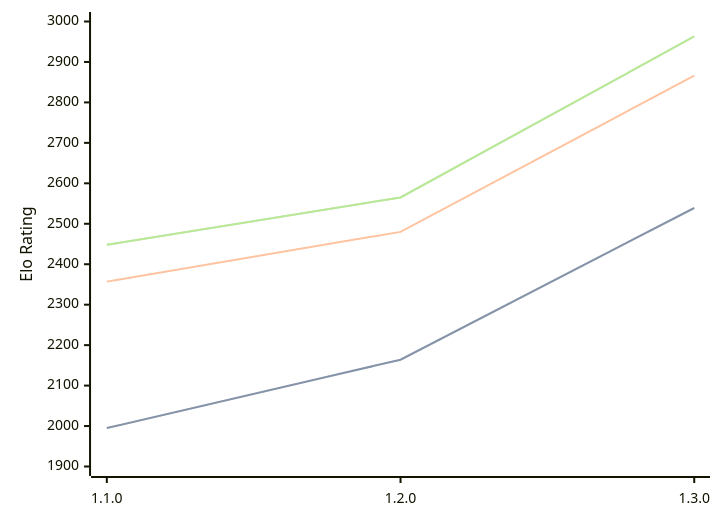
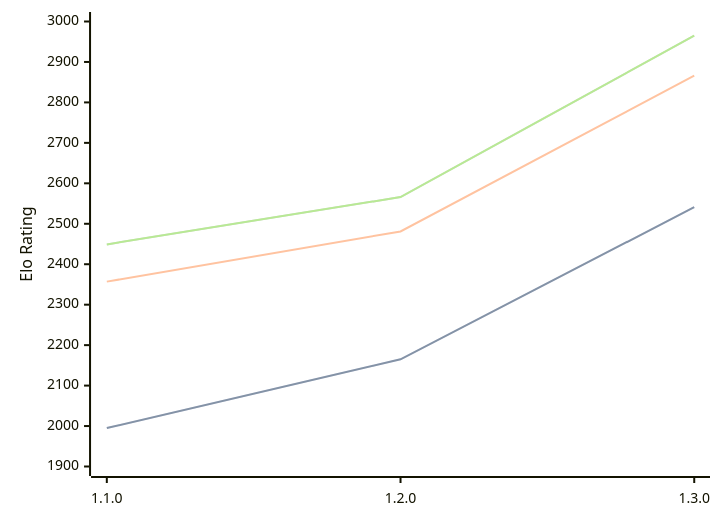
One commit to computer-chess-index/cci changed the diagram in engines/Gyatso.md. Above: the diagram before and after it, drawn with Mermaid. The commit also changed other lines of this file, not shown here.

Commit message:
Update CCI Ratings (ELO VLTC) - 2026-05-01

````diff
--- a/engines/Gyatso.md
+++ b/engines/Gyatso.md
@@ -34,11 +34,11 @@
 ```mermaid
 %%{init: {"theme":"base","themeVariables":{"seriesColors:['#a3a3a3','#222221','#faa371']}}}%%
 xychart-beta
   x-axis ["1.1.0", "1.2.0", "1.3.0"]
   y-axis "Elo Rating" 1900 --> 3000
-  line "STC (8.0+0.08s)" [1995, 2164, 2539]
-  line "STC (8.0+0.08s)" [1995, 2164, 2539]
-  line "LTC (60.0+0.60s)" [2357, 2480, 2866]
-  line "VLTC (2m24s+1.12s)" [2448, 2565, 2963]
-  line "VLTC (2m24s+1.12s)" [2448, 2565, 2963]
+  line "STC (8.0+0.08s)" [1995, 2165, 2541]
+  line "STC (8.0+0.08s)" [1995, 2165, 2541]
+  line "LTC (60.0+0.60s)" [2357, 2481, 2866]
+  line "VLTC (2m24s+1.12s)" [2449, 2566, 2965]
+  line "VLTC (2m24s+1.12s)" [2449, 2566, 2965]
 ```
````
